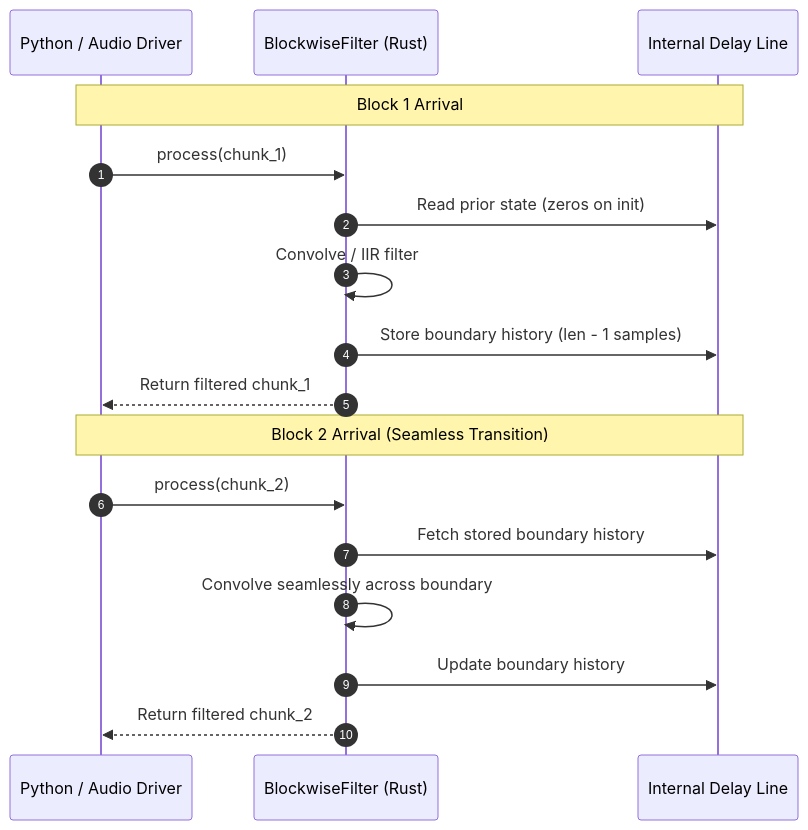
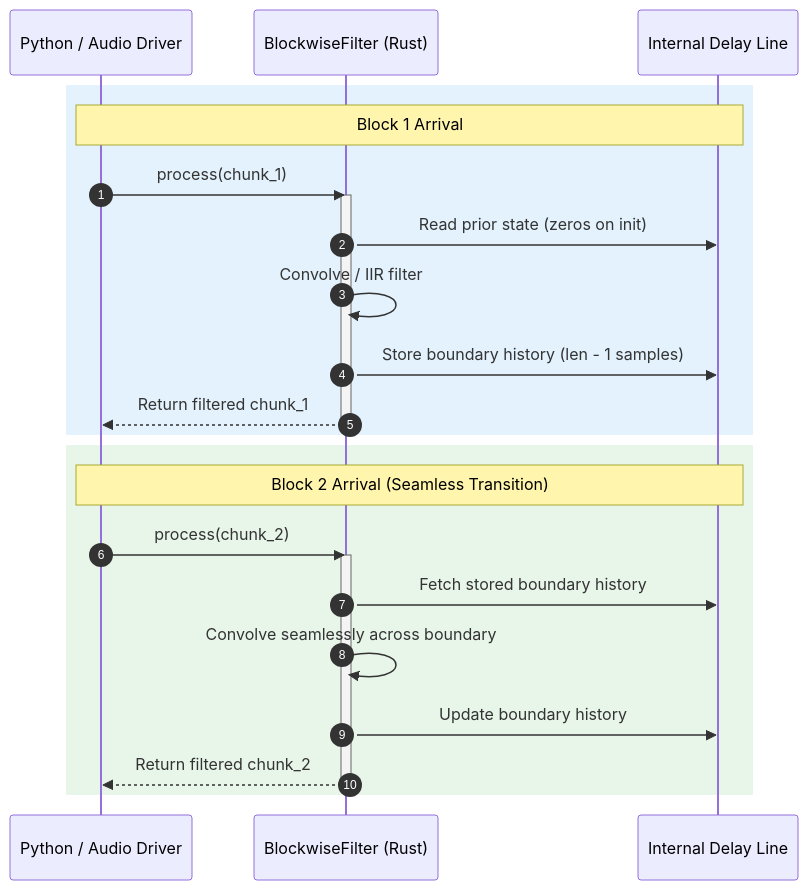
Before and after one commit to jr2804/g191-filter: the diagram in docs/guides/blockwise_filtering.md, drawn with Mermaid. The commit also changed 1 other file, not shown here.

Commit message:
docs: improve mermaid diagrams (quoted labels, classDef styling, activation spans)

````diff
--- a/docs/guides/blockwise_filtering.md
+++ b/docs/guides/blockwise_filtering.md
@@ -16,21 +16,29 @@
 ```mermaid
 sequenceDiagram
     autonumber
     participant App as Python / Audio Driver
     participant Engine as BlockwiseFilter (Rust)
     participant State as Internal Delay Line
 
-    Note over App,State: Block 1 Arrival
-    App->>Engine: process(chunk_1)
-    Engine->>State: Read prior state (zeros on init)
-    Engine->>Engine: Convolve / IIR filter
-    Engine->>State: Store boundary history (len - 1 samples)
-    Engine-->>App: Return filtered chunk_1
+    rect rgb(227, 242, 253)
+        Note over App,State: Block 1 Arrival
+        App->>Engine: process(chunk_1)
+        activate Engine
+        Engine->>State: Read prior state (zeros on init)
+        Engine->>Engine: Convolve / IIR filter
+        Engine->>State: Store boundary history (len - 1 samples)
+        Engine-->>App: Return filtered chunk_1
+        deactivate Engine
+    end
 
-    Note over App,State: Block 2 Arrival (Seamless Transition)
-    App->>Engine: process(chunk_2)
-    Engine->>State: Fetch stored boundary history
-    Engine->>Engine: Convolve seamlessly across boundary
-    Engine->>State: Update boundary history
-    Engine-->>App: Return filtered chunk_2
+    rect rgb(232, 245, 233)
+        Note over App,State: Block 2 Arrival (Seamless Transition)
+        App->>Engine: process(chunk_2)
+        activate Engine
+        Engine->>State: Fetch stored boundary history
+        Engine->>Engine: Convolve seamlessly across boundary
+        Engine->>State: Update boundary history
+        Engine-->>App: Return filtered chunk_2
+        deactivate Engine
+    end
 ```
````
